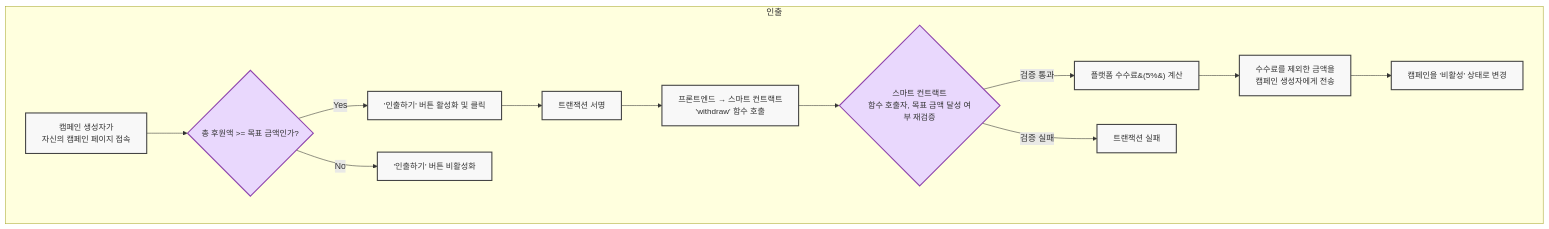
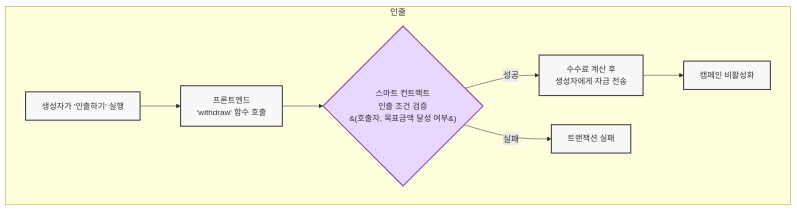
The third of 3 diagrams in 2025-Blockthon.md (dolf3131/2025-Blockthon), drawn with Mermaid before and after one commit. The commit also changed other lines of this file, not shown here.

````diff
--- a/2025-Blockthon.md
+++ b/2025-Blockthon.md
@@ -59,23 +51,18 @@
 ```mermaid
 graph TD
     subgraph "인출"
-        A[캠페인 생성자가<br/>자신의 캠페인 페이지 접속] --> B{총 후원액 >= 목표 금액인가?};
-        B -- Yes --> C['인출하기' 버튼 활성화 및 클릭];
-        C --> D[트랜잭션 서명];
-        D --> E[프론트엔드 → 스마트 컨트랙트<br/>'withdraw' 함수 호출];
-        E --> F{스마트 컨트랙트<br/>함수 호출자, 목표 금액 달성 여부 재검증};
-        F -- 검증 통과 --> G[플랫폼 수수료&#40;5%&#41; 계산];
-        G --> H[수수료를 제외한 금액을<br/>캠페인 생성자에게 전송];
-        H --> I[캠페인을 '비활성' 상태로 변경];
-        B -- No --> J['인출하기' 버튼 비활성화];
-        F -- 검증 실패 --> K[트랜잭션 실패];
+        A[생성자가 '인출하기' 실행] --> B[프론트엔드<br/>'withdraw' 함수 호출];
+        B --> C{스마트 컨트랙트<br/>인출 조건 검증<br/>&#40;호출자, 목표금액 달성 여부&#41;};
+        C -- 성공 --> D[수수료 계산 후<br/>생성자에게 자금 전송];
+        D --> E[캠페인 비활성화];
+        C -- 실패 --> F[트랜잭션 실패];
     end
 
     %% --- 스타일 정의 ---
     classDef defaultNode fill:#f8f8f8,stroke:#444,stroke-width:2px,font-size:15px
     classDef conditionNode fill:#e9d8fd,stroke:#8e44ad,stroke-width:2px,font-size:15px
 
     %% --- 스타일 적용 ---
-    class A,C,D,E,G,H,I,J,K defaultNode
-    class B,F conditionNode
+    class A,B,D,E,F defaultNode
+    class C conditionNode
 ```
````
